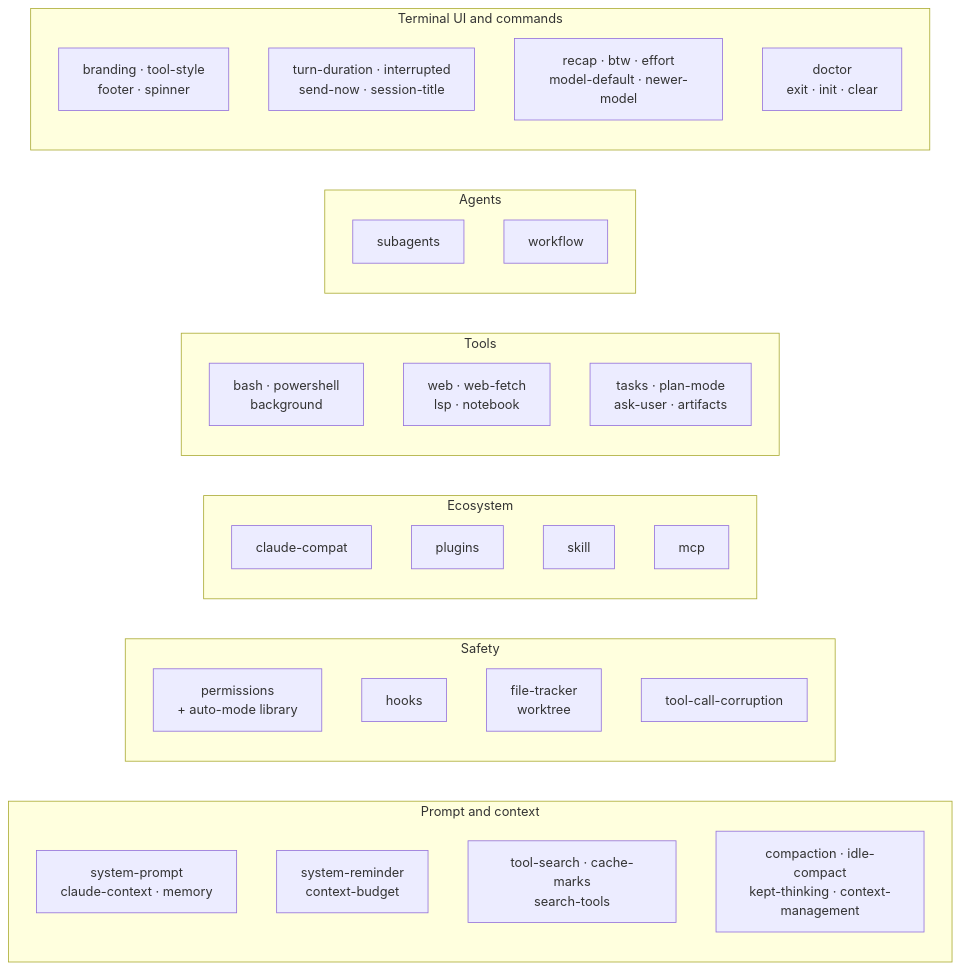
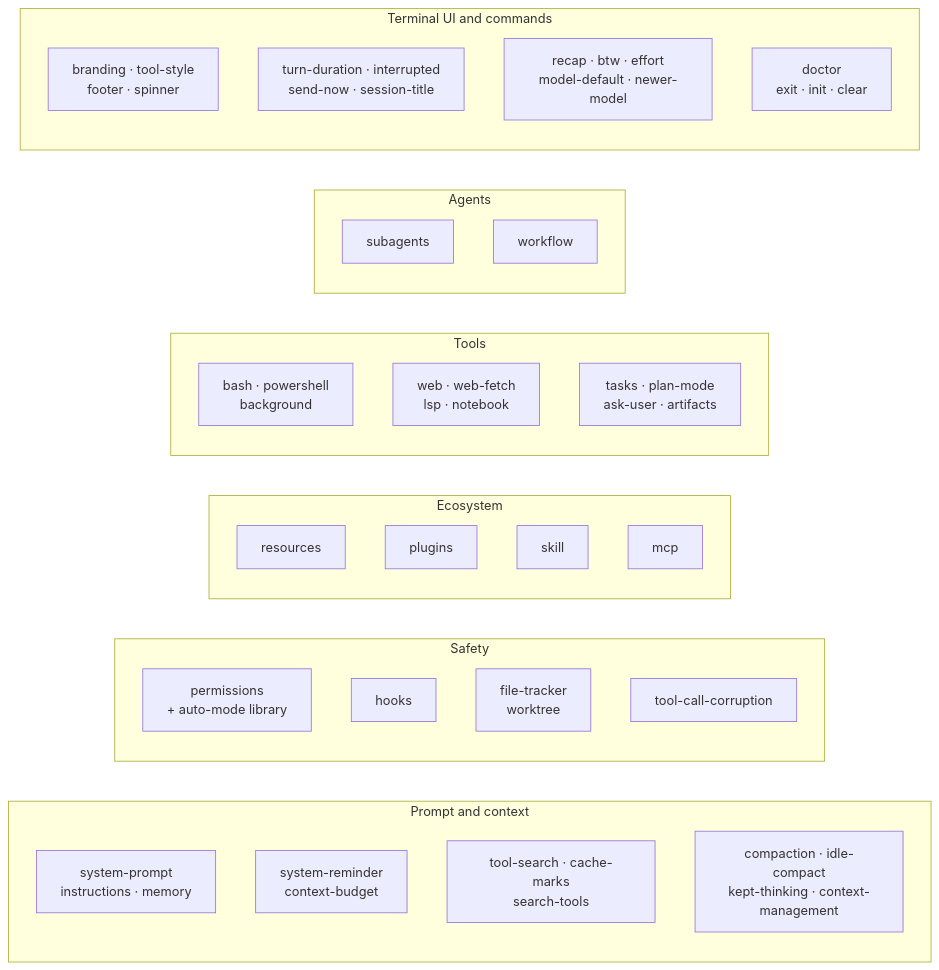
Before and after one commit to IsuruMaduranga/one-code: the second of 7 diagrams in docs/dev/architecture.md, drawn with Mermaid. The commit also changed other lines of this file and 1 other file, not shown here.

````diff
--- a/docs/dev/architecture.md
+++ b/docs/dev/architecture.md
@@ -82,41 +82,41 @@
 ```mermaid
 flowchart LR
     subgraph ctx["Prompt and context"]
-        c1["system-prompt<br/>claude-context · memory"]
+        c1["system-prompt<br/>instructions · memory"]
         c2["system-reminder<br/>context-budget"]
         c3["tool-search · cache-marks<br/>search-tools"]
         c4["compaction · idle-compact<br/>kept-thinking · context-management"]
     end
 
     subgraph safety["Safety"]
         s1["permissions<br/>+ auto-mode library"]
         s2["hooks"]
         s3["file-tracker<br/>worktree"]
         s4["tool-call-corruption"]
     end
 
     subgraph eco["Ecosystem"]
-        e1["claude-compat"]
+        e1["resources"]
         e2["plugins"]
         e3["skill"]
         e4["mcp"]
     end
 
     subgraph tools["Tools"]
         t1["bash · powershell<br/>background"]
         t2["web · web-fetch<br/>lsp · notebook"]
         t3["tasks · plan-mode<br/>ask-user · artifacts"]
     end
 
     subgraph agents["Agents"]
         g1["subagents"]
         g2["workflow"]
     end
 
     subgraph ui["Terminal UI and commands"]
         u1["branding · tool-style<br/>footer · spinner"]
         u2["turn-duration · interrupted<br/>send-now · session-title"]
         u3["recap · btw · effort<br/>model-default · newer-model"]
         u4["doctor<br/>exit · init · clear"]
     end
 ```
````
